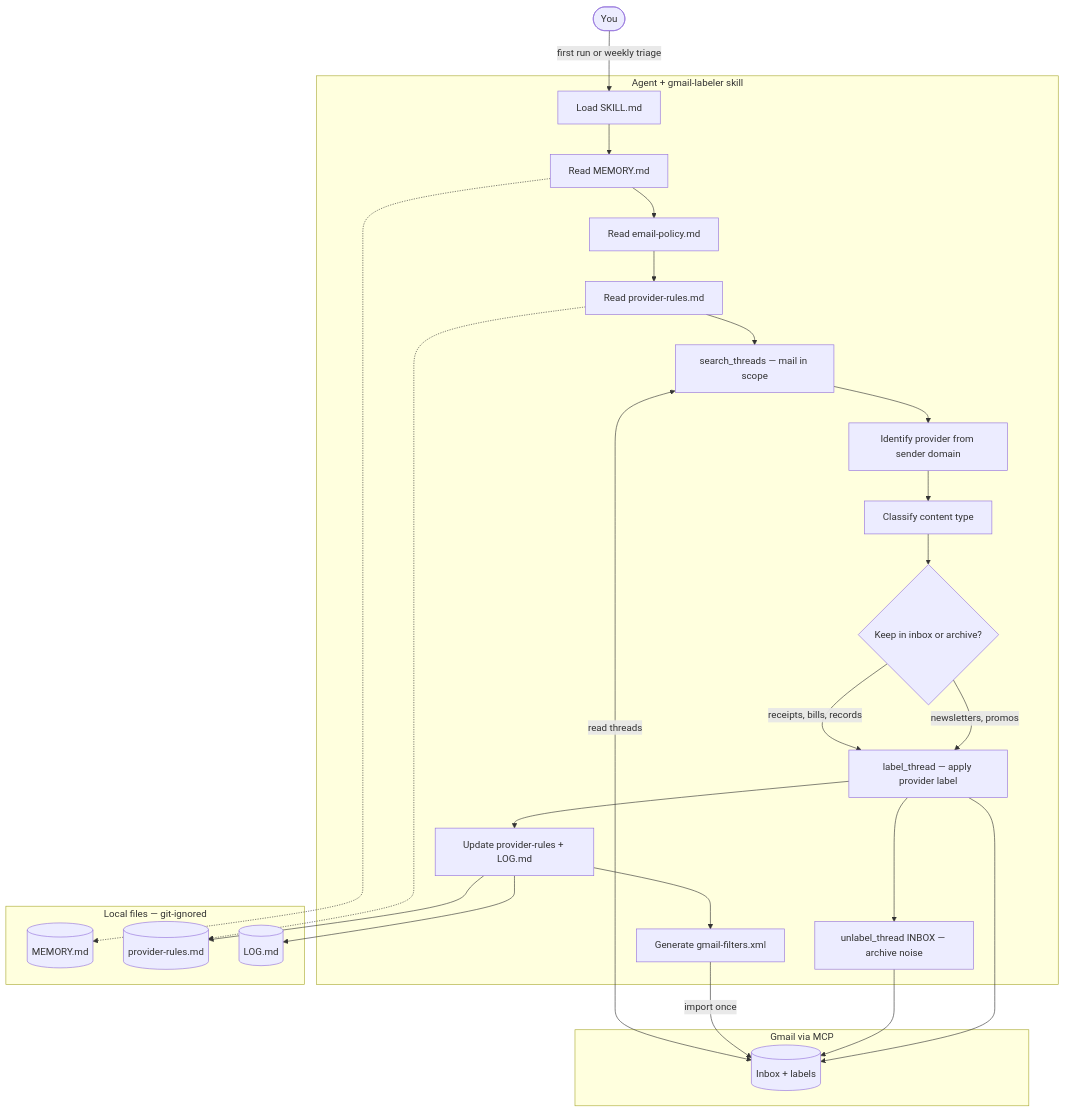
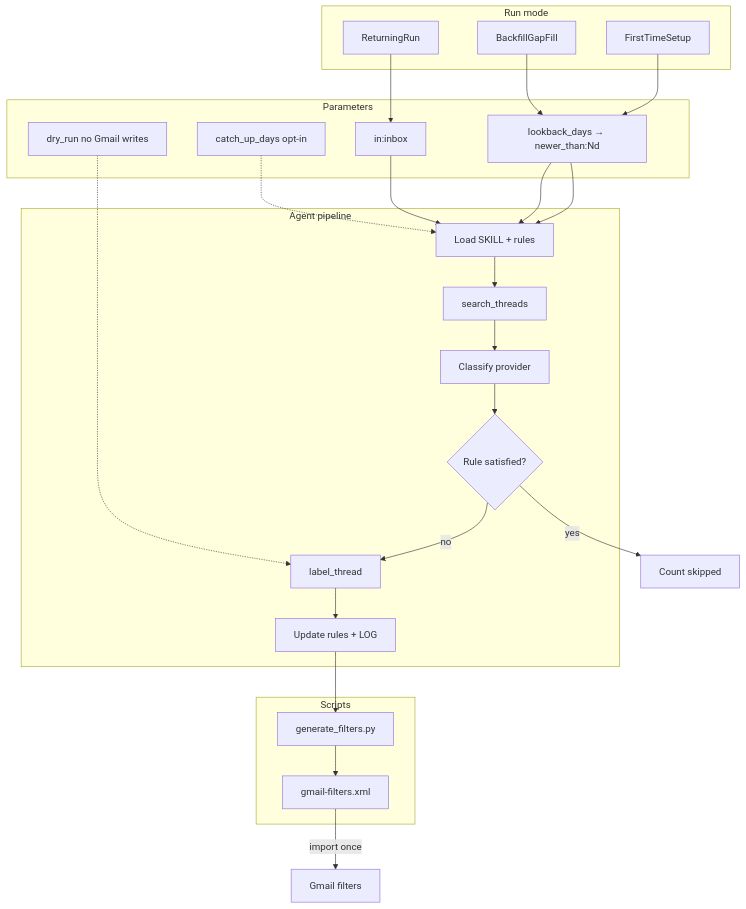
Before and after one commit to rNLKJA/gmail-labeler: the diagram in README.md, drawn with Mermaid. The commit also changed other lines of this file and 13 other files, not shown here.

First line of the commit message:
release: v1.1.0 filter generator and run parameters

````diff
--- a/README.md
+++ b/README.md
@@ -57,44 +58,40 @@
 ```mermaid
 flowchart TD
-  subgraph agent [Agent + gmail-labeler skill]
-    Load[Load SKILL.md]
-    Mem[Read MEMORY.md]
-    Policy[Read email-policy.md]
-    Rules[Read provider-rules.md]
-    Scan[search_threads — mail in scope]
-    Identify[Identify provider from sender domain]
-    Classify[Classify content type]
-    Decide{Keep in inbox or archive?}
-    Label[label_thread — apply provider label]
-    Archive[unlabel_thread INBOX — archive noise]
-    Persist[Update provider-rules + LOG.md]
-    Filters[Generate gmail-filters.xml]
+  subgraph modes [Run mode]
+    FirstRun[FirstTimeSetup]
+    Returning[ReturningRun]
+    Backfill[BackfillGapFill]
   end
 
-  subgraph gmail [Gmail via MCP]
-    Inbox[(Inbox + labels)]
+  subgraph params [Parameters]
+    Lookback["lookback_days → newer_than:Nd"]
+    InboxScope[in:inbox]
+    CatchUp["catch_up_days opt-in"]
+    DryRun[dry_run no Gmail writes]
   end
 
-  subgraph local [Local files — git-ignored]
-    MemoryFile[(MEMORY.md)]
-    RulesFile[(provider-rules.md)]
-    LogFile[(LOG.md)]
+  subgraph pipeline [Agent pipeline]
+    Load[Load SKILL + rules]
+    Search[search_threads]
+    Classify[Classify provider]
+    SkipGate{Rule satisfied?}
+    Apply[label_thread]
+    Persist[Update rules + LOG]
   end
 
-  User([You]) -->|first run or weekly triage| Load
-  Load --> Mem --> Policy --> Rules --> Scan
-  Mem -.-> MemoryFile
-  Rules -.-> RulesFile
-  Scan <-->|read threads| Inbox
-  Scan --> Identify --> Classify --> Decide
-  Decide -->|receipts, bills, records| Label
-  Decide -->|newsletters, promos| Label
-  Label --> Archive
-  Label --> Persist
-  Persist --> RulesFile
-  Persist --> LogFile
-  Persist --> Filters
-  Filters -->|import once| Inbox
-  Archive --> Inbox
-  Label --> Inbox
+  subgraph tools [Scripts]
+    GenPy[generate_filters.py]
+    FiltersOut[gmail-filters.xml]
+  end
+
+  FirstRun --> Lookback --> Load
+  Backfill --> Lookback --> Load
+  Returning --> InboxScope --> Load
+  CatchUp -.-> Load
+  Load --> Search --> Classify --> SkipGate
+  SkipGate -->|yes| SkipDone[Count skipped]
+  SkipGate -->|no| Apply --> Persist
+  DryRun -.-> Apply
+  Persist --> GenPy --> FiltersOut
+  FiltersOut -->|import once| GmailImport[Gmail filters]
 ```
````
